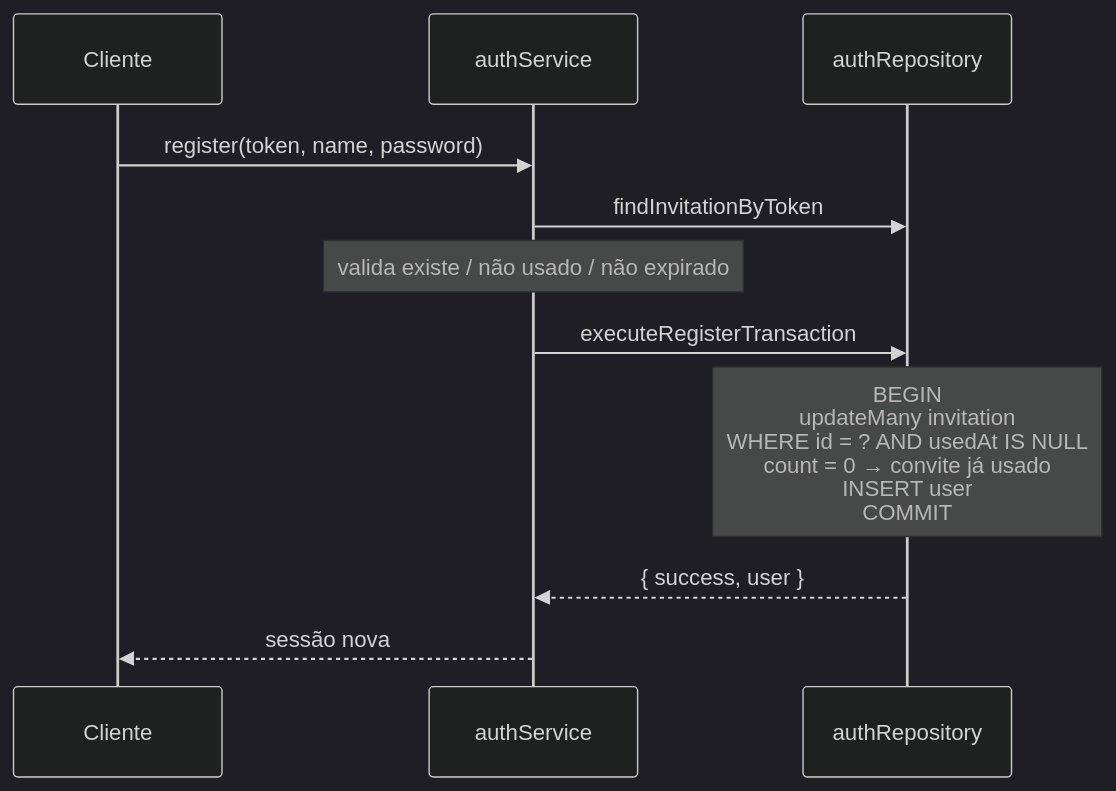
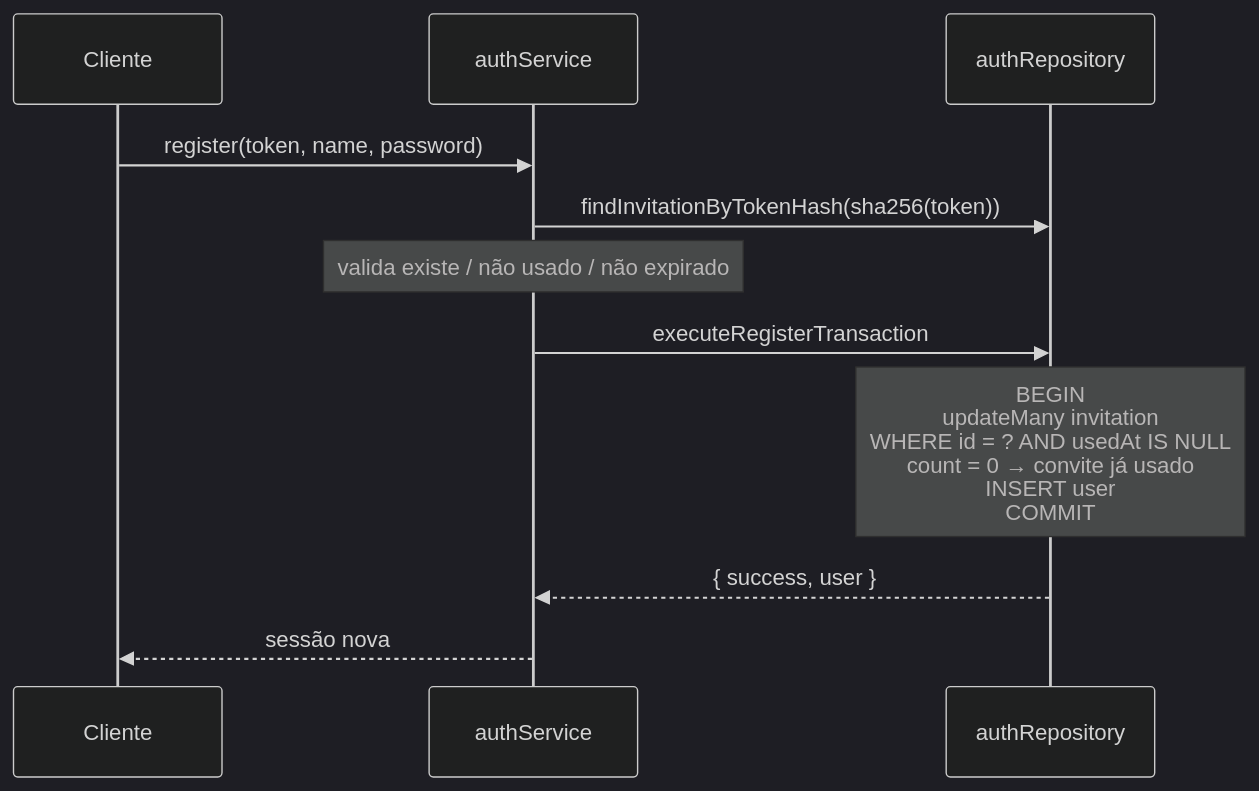
One commit to TiagoM13/kpi-corp changed the second of 3 diagrams in docs/modules/auth.md. Above: the diagram before and after it, drawn with Mermaid (dark theme). The commit also changed other lines of this file and 8 other files, not shown here.

````diff
--- a/docs/modules/auth.md
+++ b/docs/modules/auth.md
@@ -52,14 +52,14 @@
 ```mermaid
 sequenceDiagram
     participant C as Cliente
     participant S as authService
     participant R as authRepository
 
     C->>S: register(token, name, password)
-    S->>R: findInvitationByToken
+    S->>R: findInvitationByTokenHash(sha256(token))
     Note over S: valida existe / não usado / não expirado
     S->>R: executeRegisterTransaction
     Note over R: BEGIN<br/>updateMany invitation<br/>WHERE id = ? AND usedAt IS NULL<br/>count = 0 → convite já usado<br/>INSERT user<br/>COMMIT
     R-->>S: { success, user }
     S-->>C: sessão nova
 ```
````
